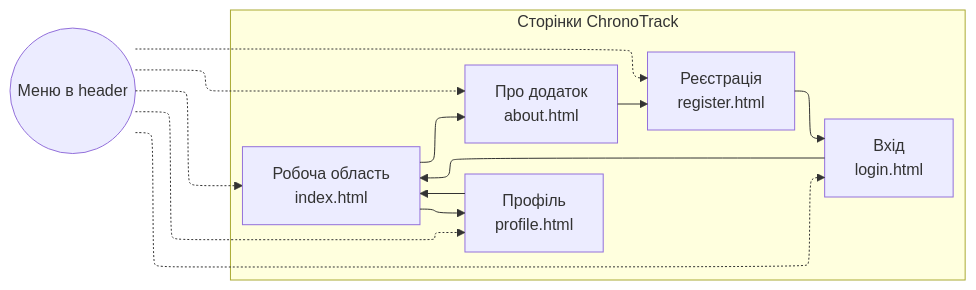
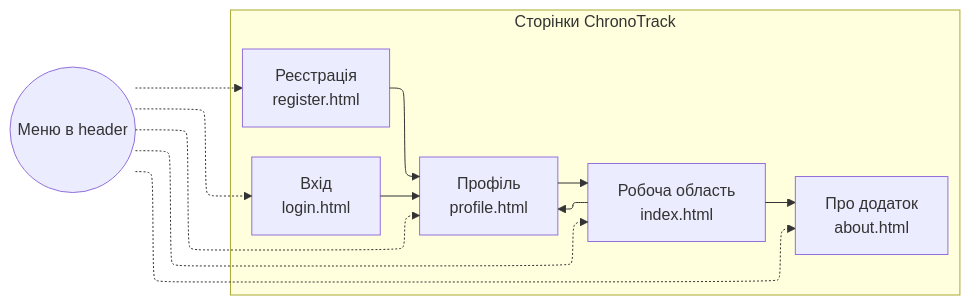
One commit to PR0TX/Web-design changed the first of 2 diagrams in README.md. Above: the diagram before and after it, drawn with Mermaid. The commit also changed other lines of this file and 20 other files, not shown here.

````diff
--- a/README.md
+++ b/README.md
@@ -64,20 +71,19 @@
 ```mermaid
 ---
 config:
   layout: elk
 ---
 flowchart LR
  subgraph Pages["Сторінки ChronoTrack"]
         W["Робоча область<br>index.html"]
         P["Профіль<br>profile.html"]
         A["Про додаток<br>about.html"]
         L["Вхід<br>login.html"]
         R["Реєстрація<br>register.html"]
   end
     W --> A & P
     P --> W
-    L --> W
+    L --> P
+    R --> P
     M(("Меню в header")) -.-> W & P & A & L & R
-    R --> L
-    A --> R
 ```
````
